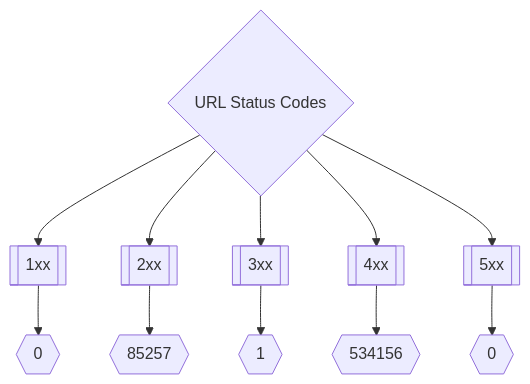
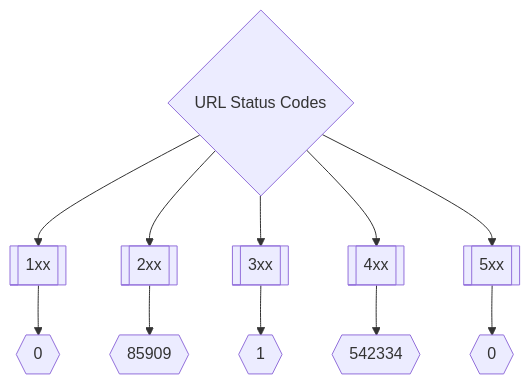
Before and after one commit to trickest/inventory: the second of 3 diagrams in README.md, drawn with Mermaid. The commit also changed other lines of this file, not shown here.

Commit message:
Update README.md Thu Jun  9 17:46:02 UTC 2022

````diff
--- a/README.md
+++ b/README.md
@@ -173,8 +173,8 @@
 ```mermaid
 graph TD
 title{URL Status Codes} --> 1xx[[1xx]] --> status1xxNum{{0}}
-title --> 2xx[[2xx]] --> status2xxNum{{85257}}
+title --> 2xx[[2xx]] --> status2xxNum{{85909}}
 title --> 3xx[[3xx]] --> status3xxNum{{1}}
-title --> 4xx[[4xx]] --> status4xxNum{{534156}}
+title --> 4xx[[4xx]] --> status4xxNum{{542334}}
 title --> 5xx[[5xx]] --> status5xxNum{{0}}
 ```
````
